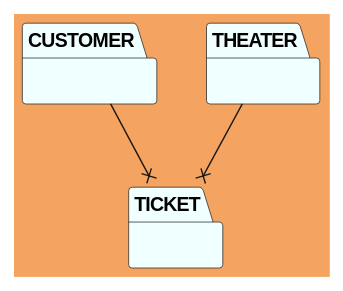
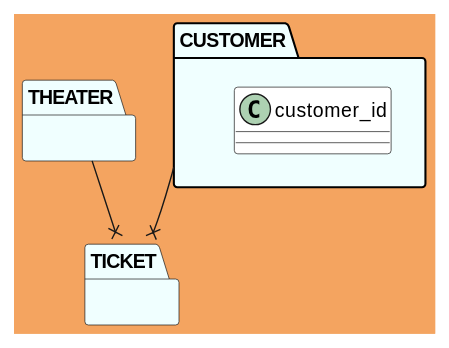
The first of 3 diagrams in week-06/TinyTheaters/src/README.md (Miro-Stojanovic97/mirostoj-exercises-assessments), drawn with PlantUML before and after one commit. The commit also changed 3 other files, not shown here.

````diff
--- a/week-06/TinyTheaters/src/README.md
+++ b/week-06/TinyTheaters/src/README.md
@@ -7,20 +7,21 @@
 ```plantuml
 @startuml
 skinparam linetype poly
 skinparam backgroundColor sandybrown
 skinparam ClassBackgroundColor white
 skinparam PackageBackgroundColor azure
 
 CUSTOMER --x TICKET
 THEATER --x TICKET
 
 package "CUSTOMER" {
+class customer_id
 }
 package "THEATER" {
 
 }
 package "TICKET" {
    
 }
 @enduml
 ```
````
